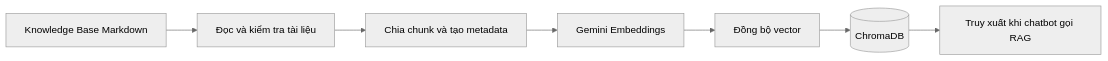
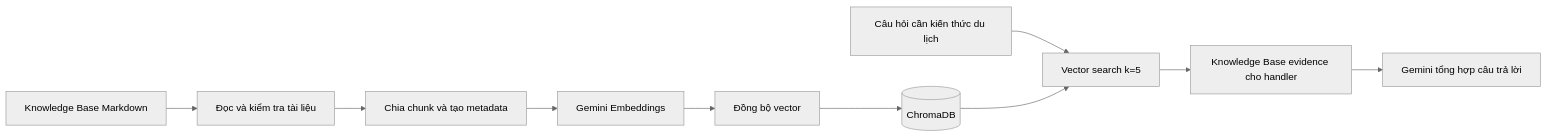
Before and after one commit to nguyendinhhung04/Travel-Chatbot: the second of 12 diagrams in README.md, drawn with Mermaid (neutral theme). The commit also changed other lines of this file and 9 other files, not shown here.

````diff
--- a/README.md
+++ b/README.md
@@ -90,9 +99,12 @@
 ```mermaid
 flowchart LR
     MD[Knowledge Base Markdown] --> LOAD[Đọc và kiểm tra tài liệu]
     LOAD --> SPLIT[Chia chunk và tạo metadata]
     SPLIT --> EMBED[Gemini Embeddings]
     EMBED --> SYNC[Đồng bộ vector]
     SYNC --> CHROMA[(ChromaDB)]
-    CHROMA --> RETRIEVE[Truy xuất khi chatbot gọi RAG]
+    QUESTION[Câu hỏi cần kiến thức du lịch] --> RETRIEVE[Vector search k=5]
+    CHROMA --> RETRIEVE
+    RETRIEVE --> EVIDENCE[Knowledge Base evidence cho handler]
+    EVIDENCE --> ANSWER[Gemini tổng hợp câu trả lời]
 ```
````
